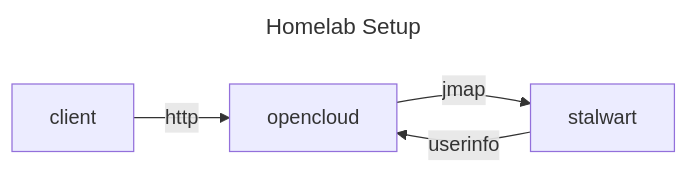
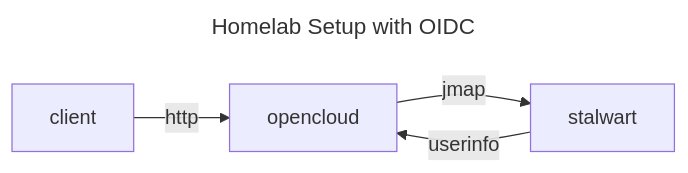
The third of 3 diagrams in services/groupware/DEVELOPER.md (puredomain/opencloud), drawn with Mermaid before and after one commit. The commit also changed other lines of this file and 2 other files, not shown here.

````diff
--- a/services/groupware/DEVELOPER.md
+++ b/services/groupware/DEVELOPER.md
@@ -321,14 +383,13 @@
 ```mermaid
 ---
-title: Homelab Setup
+title: Homelab Setup with OIDC
 ---
 flowchart LR
   oc["`opencloud`"]
   c["client"]
   st["`stalwart`"]
 
   c -- http --> oc
   oc -- jmap --> st
   st -- userinfo --> oc
-
 ```
````
